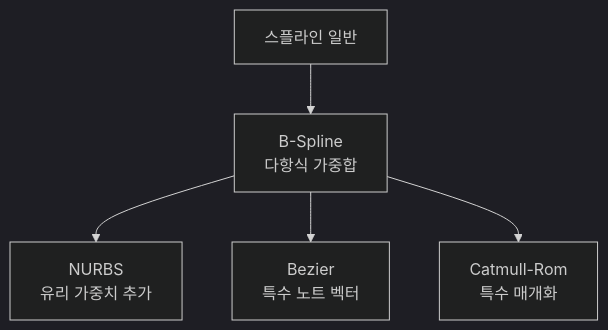
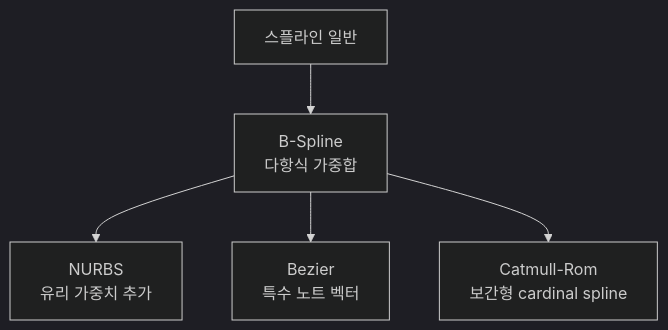
The second of 7 diagrams in math/part08_splines.md (Rein-ArXiv/game-dev-curriculum), drawn with Mermaid (dark theme) before and after one commit. The commit also changed other lines of this file and 1129 other files, not shown here.

````diff
--- a/math/part08_splines.md
+++ b/math/part08_splines.md
@@ -94,8 +94,8 @@
 ```mermaid
 flowchart TD
     Spline[스플라인 일반]
     Spline --> BSpline[B-Spline<br/>다항식 가중합]
     BSpline --> NURBS[NURBS<br/>유리 가중치 추가]
     BSpline --> Bezier[Bezier<br/>특수 노트 벡터]
-    BSpline --> CatmullRom[Catmull-Rom<br/>특수 매개화]
+    BSpline --> CatmullRom[Catmull-Rom<br/>보간형 cardinal spline]
 ```
````
